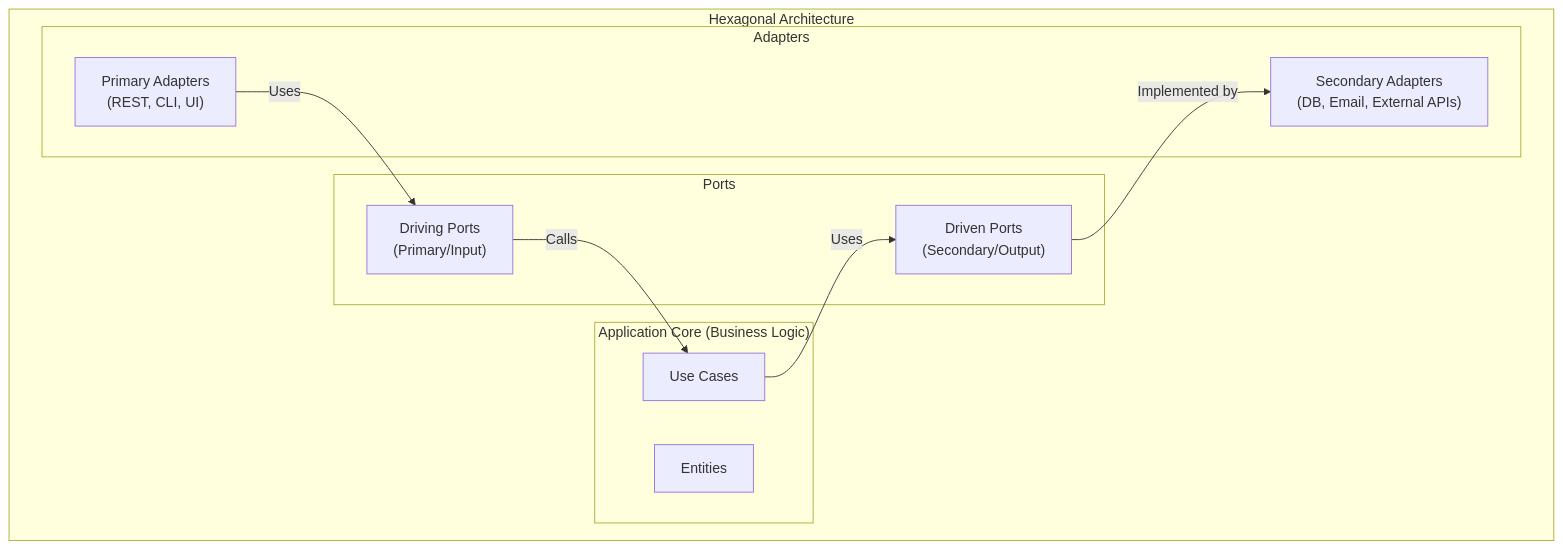
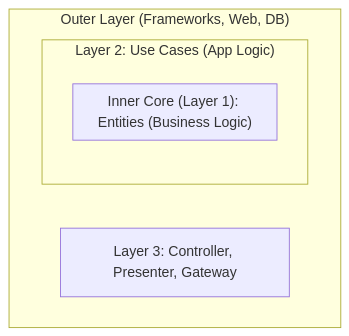
The diagram in src/content/en/he-thong/clean-architecture.md (Mrnobody102/it-interview-prep), drawn with Mermaid before and after one commit. The commit also changed other lines of this file and 51 other files, not shown here.

````diff
--- a/src/content/en/he-thong/clean-architecture.md
+++ b/src/content/en/he-thong/clean-architecture.md
@@ -269,24 +14,10 @@
 ```mermaid
 flowchart TD
-    subgraph HEX["Hexagonal Architecture"]
-        subgraph CORE["Application Core (Business Logic)"]
-            US["Use Cases"]
-            ENT["Entities"]
+    subgraph FR["Outer Layer (Frameworks, Web, DB)"]
+        IA["Layer 3: Controller, Presenter, Gateway"]
+        subgraph AL["Layer 2: Use Cases (App Logic)"]
+            subgraph DL["Inner Core (Layer 1): Entities (Business Logic)"]
+            end
         end
-
-        subgraph PORTS["Ports"]
-            DRIV["Driving Ports<br>(Primary/Input)"]
-            DRIVN["Driven Ports<br>(Secondary/Output)"]
-        end
-
-        subgraph ADAPTERS["Adapters"]
-            PRIM["Primary Adapters<br>(REST, CLI, UI)"]
-            SEC["Secondary Adapters<br>(DB, Email, External APIs)"]
-        end
-
-        PRIM -->|"Uses"| DRIV
-        DRIV -->|"Calls"| US
-        US -->|"Uses"| DRIVN
-        DRIVN -->|"Implemented by"| SEC
     end
 ```
````
